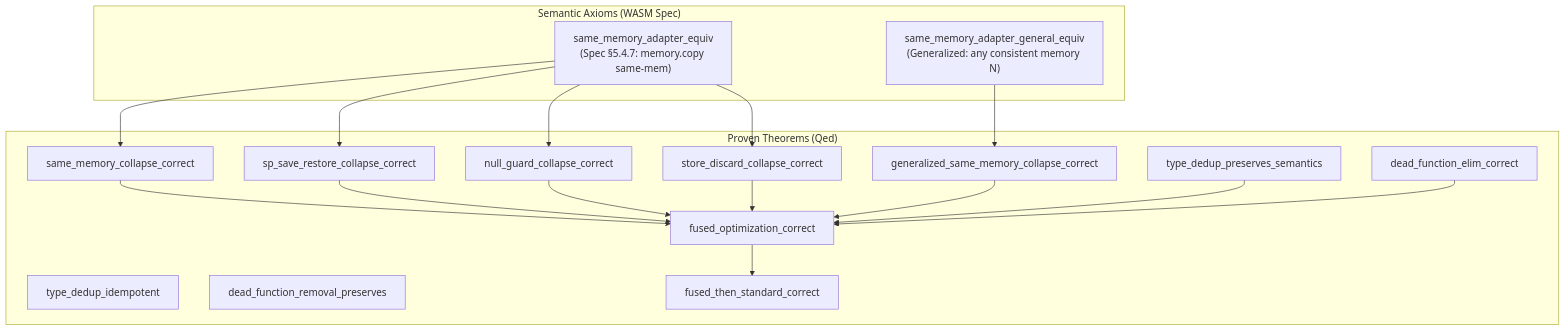
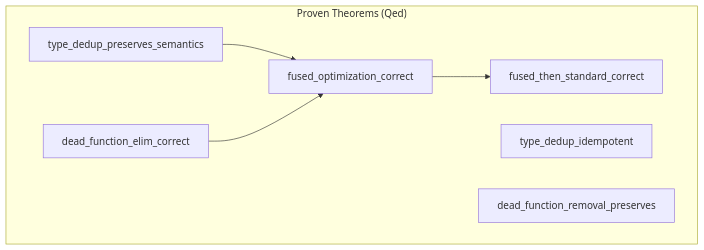
Before and after one commit to pulseengine/loom: the sixth of 8 diagrams in docs/design/fused-component-optimization.md, drawn with Mermaid. The commit also changed other lines of this file and 9 other files, not shown here.

````diff
--- a/docs/design/fused-component-optimization.md
+++ b/docs/design/fused-component-optimization.md
@@ -281,35 +242,15 @@
 ```mermaid
 flowchart TD
-    subgraph axioms["Semantic Axioms (WASM Spec)"]
-        A0["same_memory_adapter_equiv\n(Spec §5.4.7: memory.copy same-mem)"]
-        A4b["same_memory_adapter_general_equiv\n(Generalized: any consistent memory N)"]
-    end
-
     subgraph proven["Proven Theorems (Qed)"]
-        SM["same_memory_collapse_correct"]
-        SP["sp_save_restore_collapse_correct"]
-        NG["null_guard_collapse_correct"]
-        SD["store_discard_collapse_correct"]
-        GS["generalized_same_memory_collapse_correct"]
         TP["type_dedup_preserves_semantics"]
         TI["type_dedup_idempotent"]
         DE["dead_function_elim_correct"]
         DR["dead_function_removal_preserves"]
         FC["fused_optimization_correct"]
         FS["fused_then_standard_correct"]
     end
 
-    A0 --> SM
-    A0 --> SP
-    A0 --> NG
-    A0 --> SD
-    A4b --> GS
-    SM --> FC
-    SP --> FC
-    NG --> FC
-    SD --> FC
-    GS --> FC
     TP --> FC
     DE --> FC
     FC --> FS
 ```
````
